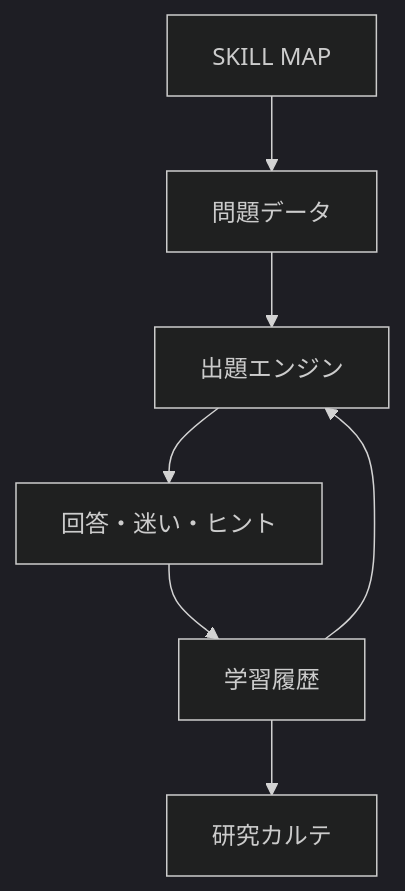
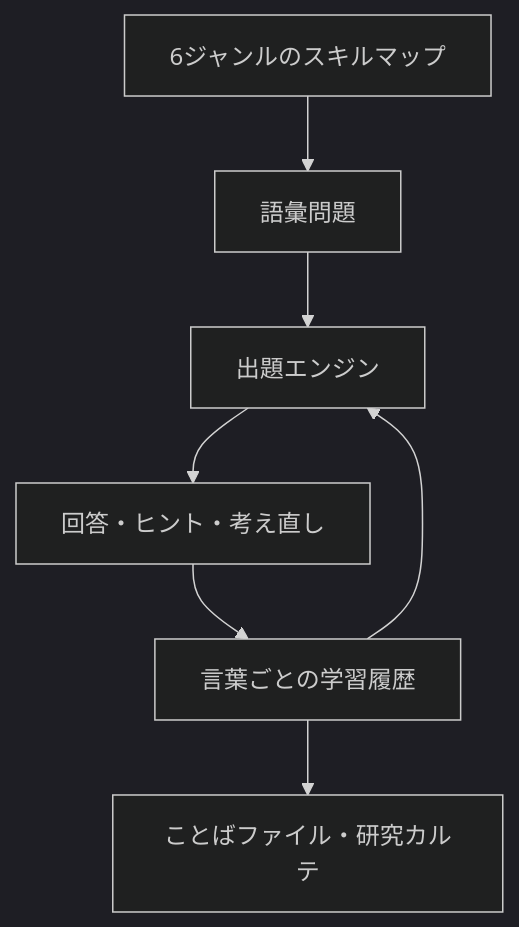
One commit to TT-sensei/kotorabo changed the diagram in docs/ARCHITECTURE.md. Above: the diagram before and after it, drawn with Mermaid (dark theme). The commit also changed other lines of this file and 15 other files, not shown here.

````diff
--- a/docs/ARCHITECTURE.md
+++ b/docs/ARCHITECTURE.md
@@ -23,9 +39,9 @@
 ```mermaid
 flowchart TD
-  A["SKILL MAP"] --> B["問題データ"]
+  A["6ジャンルのスキルマップ"] --> B["語彙問題"]
   B --> C["出題エンジン"]
-  C --> D["回答・迷い・ヒント"]
-  D --> E["学習履歴"]
-  E --> F["研究カルテ"]
+  C --> D["回答・ヒント・考え直し"]
+  D --> E["言葉ごとの学習履歴"]
+  E --> F["ことばファイル・研究カルテ"]
   E --> C
 ```
````
